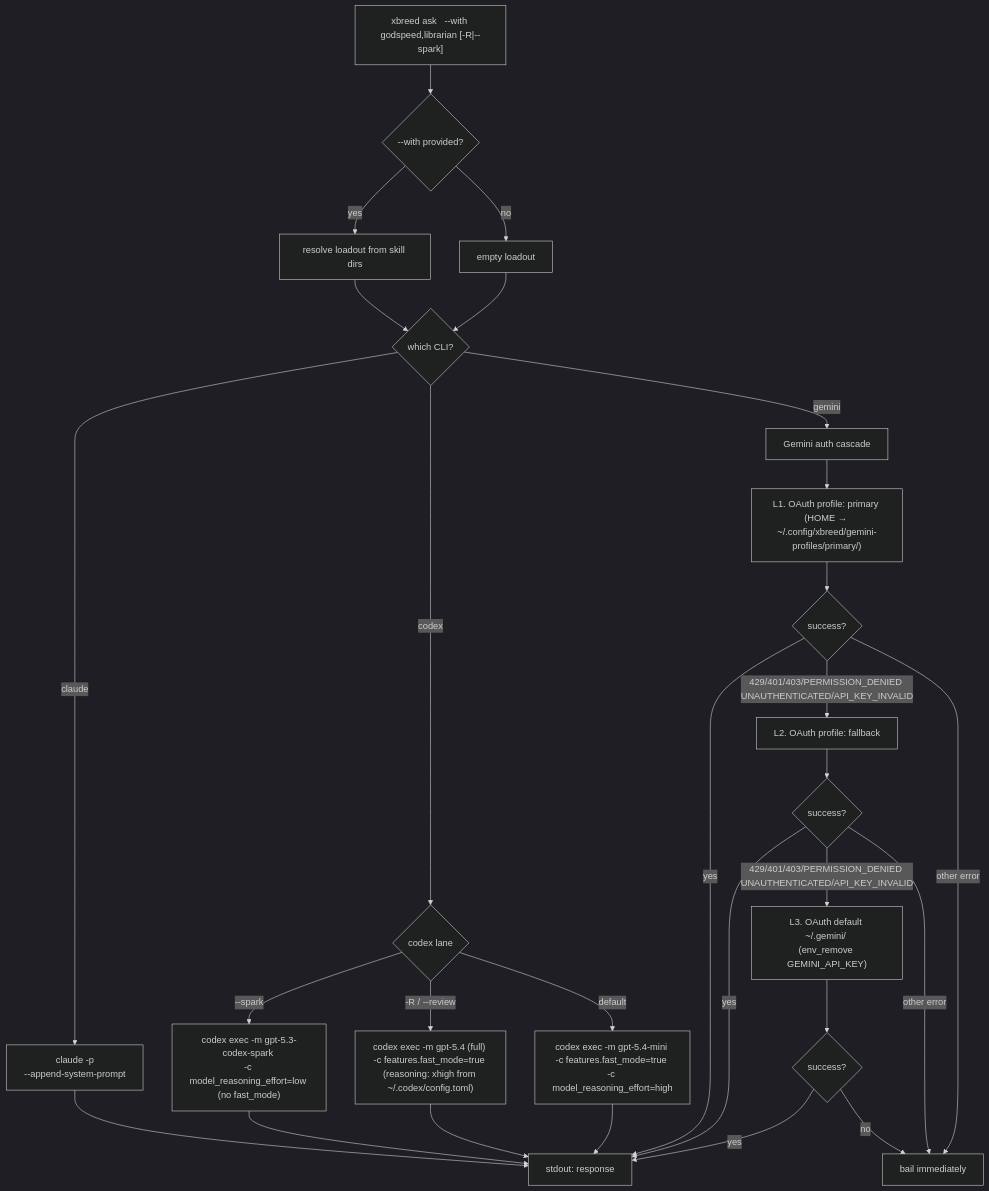
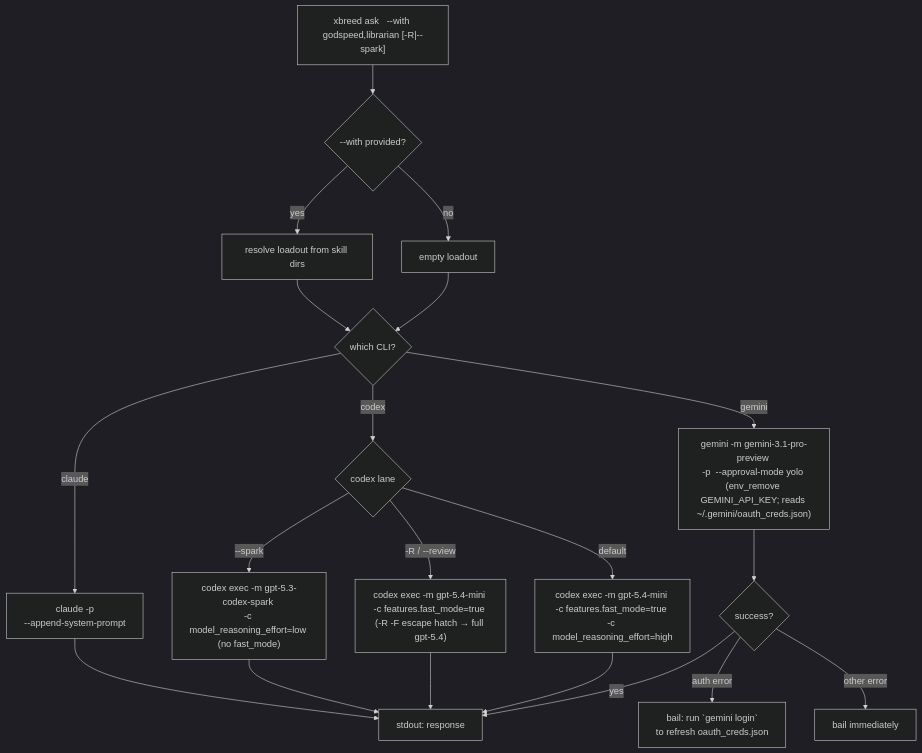
One commit to VeigaPunk/xbrd-gdsp-fknpft changed the fourth of 11 diagrams in docs/command-flows.md. Above: the diagram before and after it, drawn with Mermaid (dark theme). The commit also changed other lines of this file and 9 other files, not shown here.

First line of the commit message:
refactor(ask): collapse gemini OAuth cascade to single default path; downgrade judge xhigh→high

````diff
--- a/docs/command-flows.md
+++ b/docs/command-flows.md
@@ -84,35 +84,27 @@
 ```mermaid
 flowchart TD
     A["xbreed ask <cli> <prompt> --with godspeed,librarian [-R|--spark]"]
     A --> B{--with provided?}
     B -->|yes| C[resolve loadout from skill dirs]
     B -->|no| D[empty loadout]
     C --> E{which CLI?}
     D --> E
 
     E -->|claude| F["claude -p <prompt> \n--append-system-prompt <loadout>"]
     E -->|codex| Cdx{codex lane}
-    E -->|gemini| H[Gemini auth cascade]
+    E -->|gemini| H["gemini -m gemini-3.1-pro-preview \n-p <prompt> --approval-mode yolo \n(env_remove GEMINI_API_KEY; reads ~/.gemini/oauth_creds.json)"]
 
     Cdx -->|--spark| Csp["codex exec -m gpt-5.3-codex-spark \n-c model_reasoning_effort=low \n(no fast_mode)"]
-    Cdx -->|"-R / --review"| Crv["codex exec -m gpt-5.4 (full) \n-c features.fast_mode=true \n(reasoning: xhigh from ~/.codex/config.toml)"]
+    Cdx -->|"-R / --review"| Crv["codex exec -m gpt-5.4-mini \n-c features.fast_mode=true \n(-R -F escape hatch → full gpt-5.4)"]
     Cdx -->|default| Cdf["codex exec -m gpt-5.4-mini \n-c features.fast_mode=true \n-c model_reasoning_effort=high"]
 
-    H --> I["L1. OAuth profile: primary \n(HOME → ~/.config/xbreed/gemini-profiles/primary/)"]
-    I --> Ia{success?}
-    Ia -->|yes| P[stdout: response]
-    Ia -->|"429/401/403/PERMISSION_DENIED \nUNAUTHENTICATED/API_KEY_INVALID"| J["L2. OAuth profile: fallback"]
-    Ia -->|other error| R[bail immediately]
-    J --> Ja{success?}
-    Ja -->|yes| P
-    Ja -->|"429/401/403/PERMISSION_DENIED \nUNAUTHENTICATED/API_KEY_INVALID"| K["L3. OAuth default ~/.gemini/ \n(env_remove GEMINI_API_KEY)"]
-    Ja -->|other error| R
-    K --> Ka{success?}
-    Ka -->|yes| P
-    Ka -->|no| R
+    H --> Ha{success?}
+    Ha -->|yes| P[stdout: response]
+    Ha -->|auth error| Hae["bail: run `gemini login` \nto refresh oauth_creds.json"]
+    Ha -->|other error| R[bail immediately]
 
     F --> P
     Csp --> P
     Crv --> P
     Cdf --> P
 ```
````
